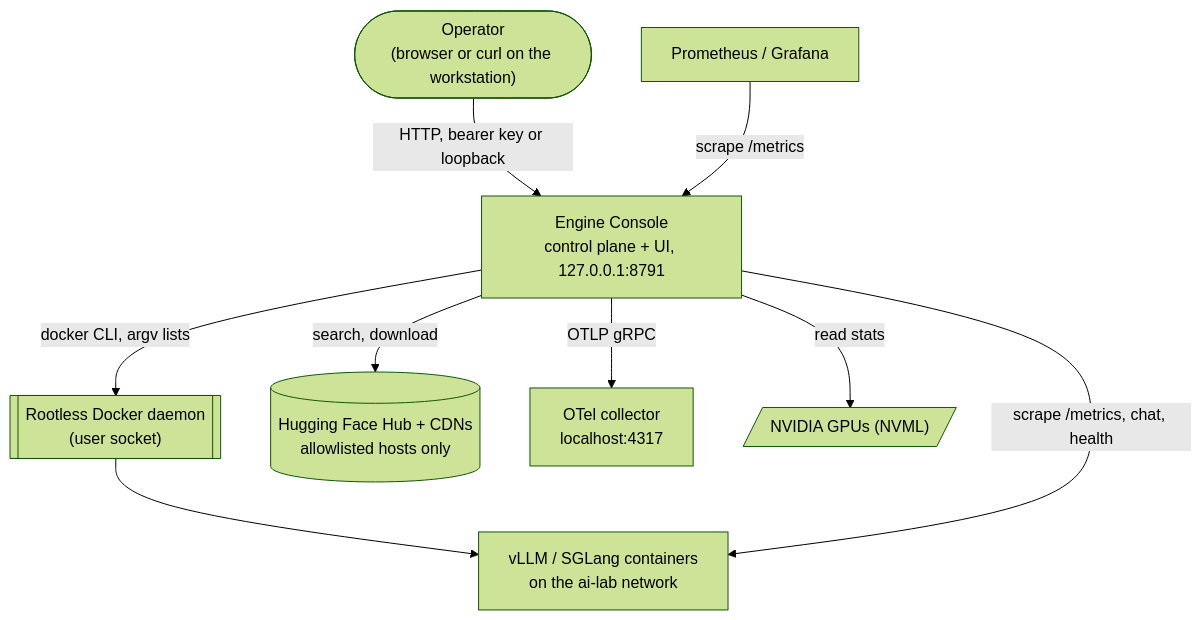
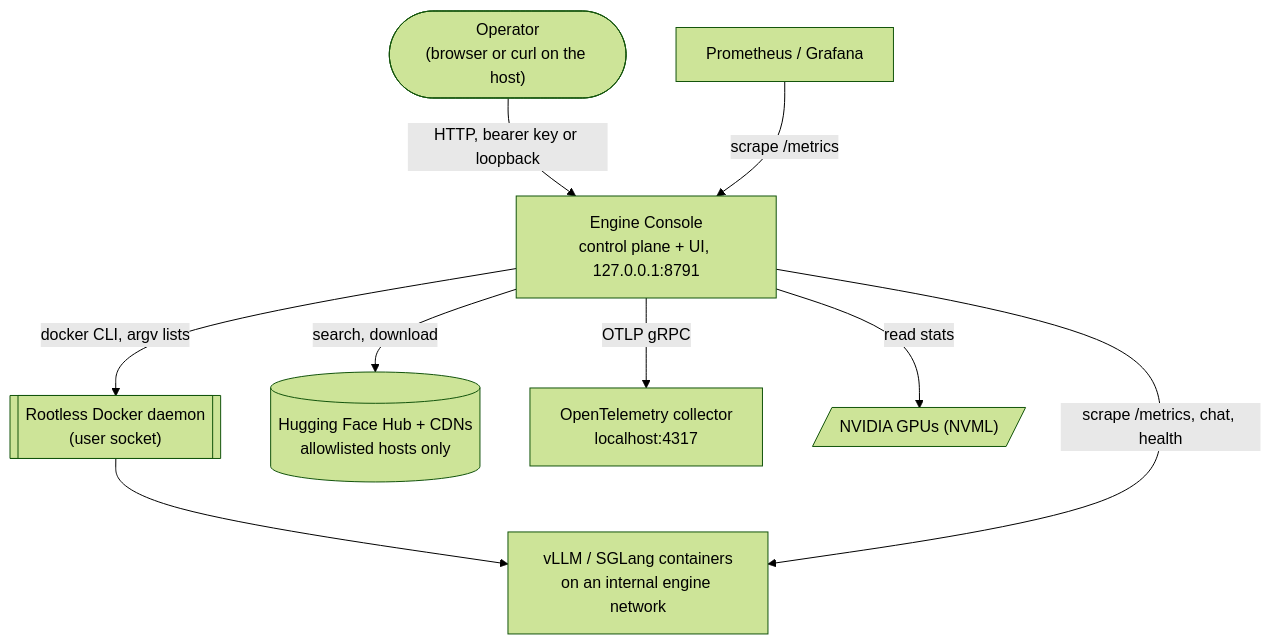
Before and after one commit to willboyden/engine-console: the diagram in docs/diagrams/c4-context.md, drawn with Mermaid (forest theme). The commit also changed 71 other files, not shown here.

````diff
--- a/docs/diagrams/c4-context.md
+++ b/docs/diagrams/c4-context.md
@@ -3,19 +3,19 @@
 ```mermaid
 flowchart TB
-  op(["Operator<br/>(browser or curl on the workstation)"])
+  op(["Operator<br/>(browser or curl on the host)"])
   ec["Engine Console<br/>control plane + UI, 127.0.0.1:8791"]
   docker[["Rootless Docker daemon<br/>(user socket)"]]
-  eng["vLLM / SGLang containers<br/>on the ai-lab network"]
+  eng["vLLM / SGLang containers<br/>on an internal engine network"]
   hf[("Hugging Face Hub + CDNs<br/>allowlisted hosts only")]
-  otel["OTel collector<br/>localhost:4317"]
+  otel["OpenTelemetry collector<br/>localhost:4317"]
   prom["Prometheus / Grafana"]
   gpu[/"NVIDIA GPUs (NVML)"/]
   op -->|HTTP, bearer key or loopback| ec
   ec -->|docker CLI, argv lists| docker
   docker --> eng
   ec -->|scrape /metrics, chat, health| eng
   ec -->|search, download| hf
   ec -->|OTLP gRPC| otel
   prom -->|scrape /metrics| ec
   ec -->|read stats| gpu
 ```
````
